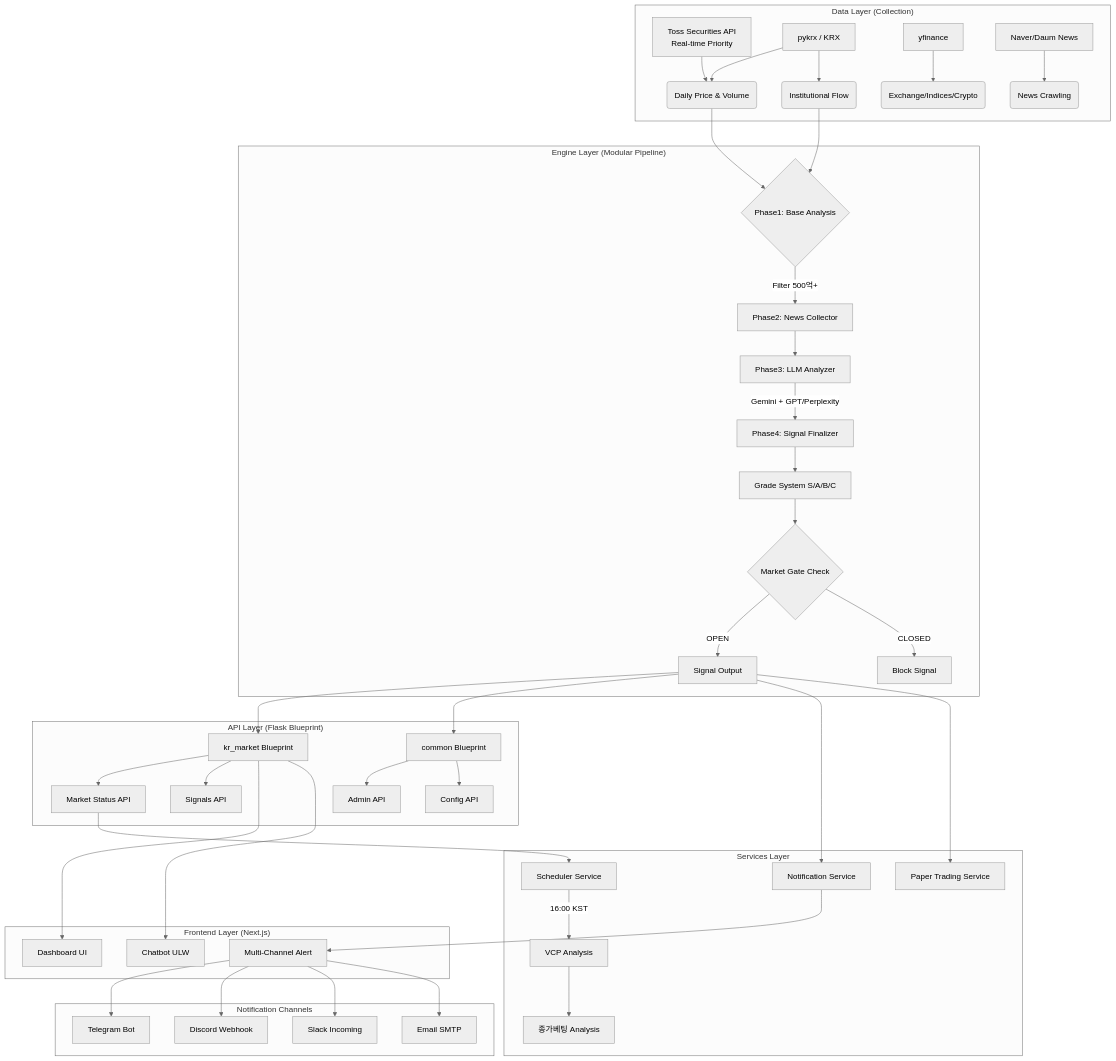
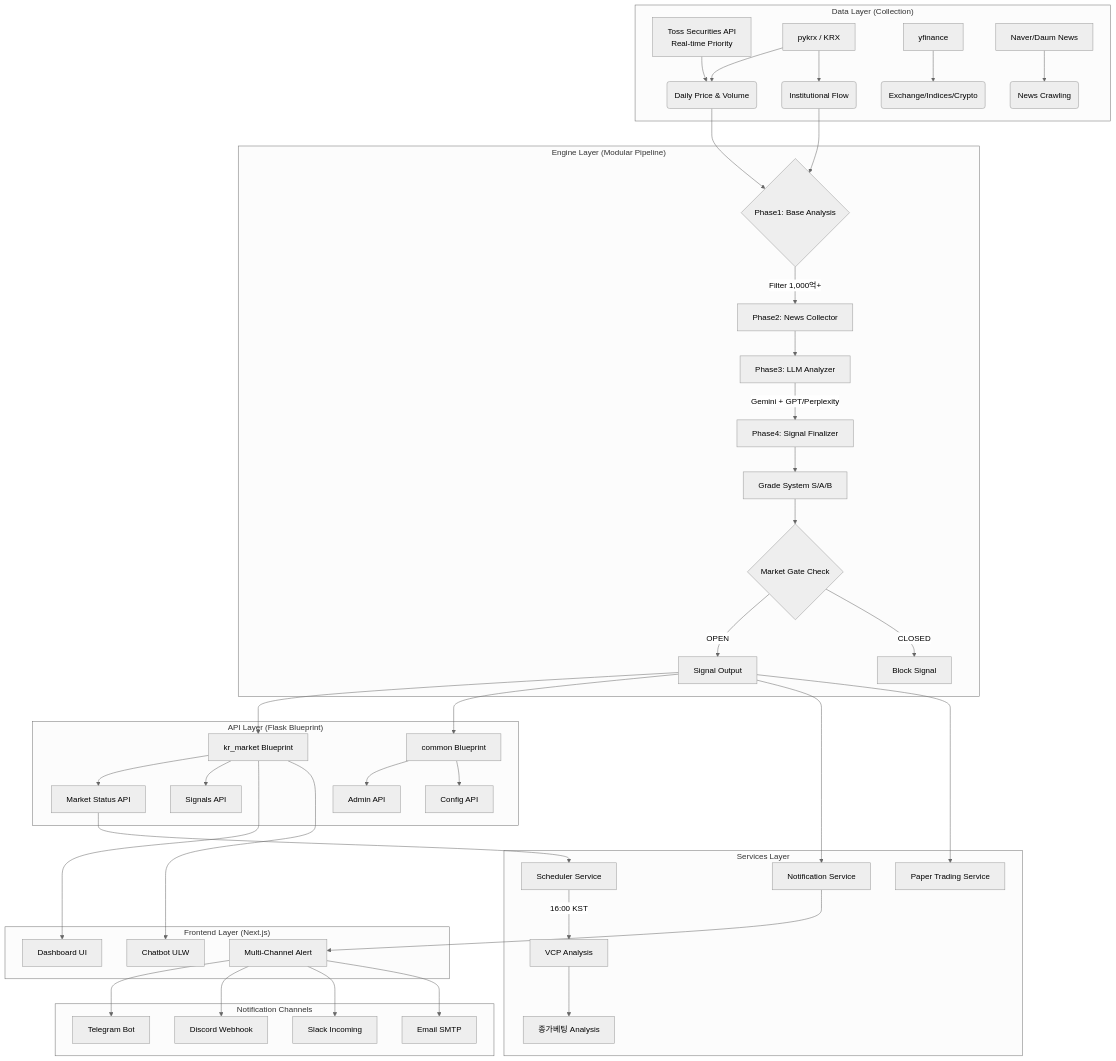
Before and after one commit to freelife1191/closing-bet-demo: the first of 6 diagrams in README.md, drawn with Mermaid (neutral theme). The commit also changed other lines of this file and 18 other files, not shown here.

````diff
--- a/README.md
+++ b/README.md
@@ -119,52 +119,52 @@
 ```mermaid
 graph TD
     subgraph "Data Layer (Collection)"
         A[Toss Securities API<br>Real-time Priority] --> B(Daily Price & Volume)
         C[pykrx / KRX] --> B
         C --> D(Institutional Flow)
         E[yfinance] --> F(Exchange/Indices/Crypto)
         G[Naver/Daum News] --> H(News Crawling)
     end
 
     subgraph "Engine Layer (Modular Pipeline)"
         B & D --> I{Phase1: Base Analysis}
-        I -->|Filter 500억+| J[Phase2: News Collector]
+        I -->|Filter 1,000억+| J[Phase2: News Collector]
         J --> K[Phase3: LLM Analyzer]
         K -->|Gemini + GPT/Perplexity| L[Phase4: Signal Finalizer]
-        L --> M[Grade System S/A/B/C]
+        L --> M[Grade System S/A/B]
 
         M --> N{Market Gate Check}
         N -->|OPEN| O[Signal Output]
         N -->|CLOSED| P[Block Signal]
     end
 
     subgraph "API Layer (Flask Blueprint)"
         O --> Q[kr_market Blueprint]
         O --> R[common Blueprint]
         Q --> S[Market Status API]
         Q --> T[Signals API]
         R --> U[Admin API]
         R --> V[Config API]
     end
 
     subgraph "Services Layer"
         S --> W[Scheduler Service]
         O --> X[Notification Service]
         O --> Y[Paper Trading Service]
         W -->|16:00 KST| AA[VCP Analysis]
         AA --> Z[종가베팅 Analysis]
     end
 
     subgraph "Frontend Layer (Next.js)"
         Q --> AB[Dashboard UI]
         Q --> AC[Chatbot ULW]
         X --> AD[Multi-Channel Alert]
     end
 
     subgraph "Notification Channels"
         AD --> AE[Telegram Bot]
         AD --> AF[Discord Webhook]
         AD --> AG[Slack Incoming]
         AD --> AH[Email SMTP]
     end
 ```
````
